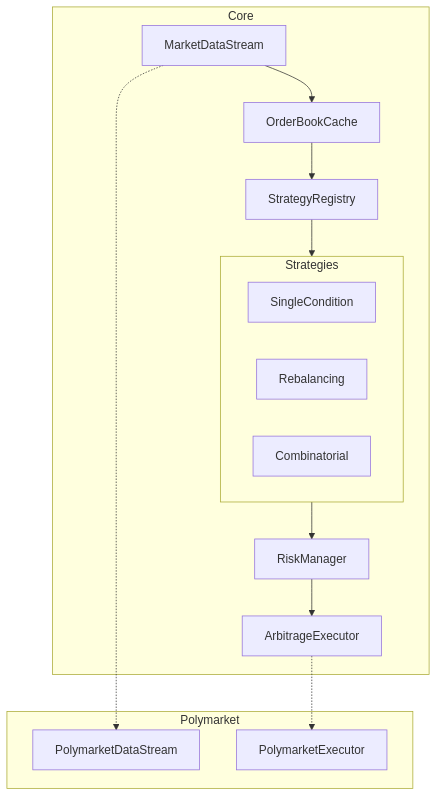
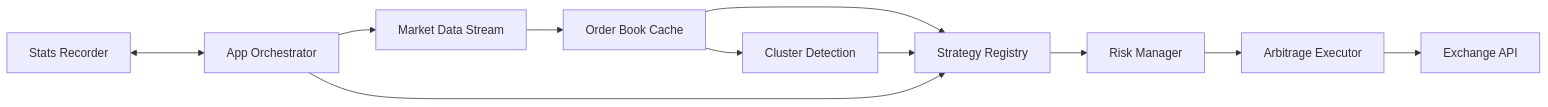
Before and after one commit to usealtoal/edgelord: the diagram in docs/architecture/overview.md, drawn with Mermaid. The commit also changed other lines of this file and 51 other files, not shown here.

````diff
--- a/docs/architecture/overview.md
+++ b/docs/architecture/overview.md
@@ -15,25 +14,15 @@
 ```mermaid
-flowchart TB
-    subgraph core["Core"]
-        WS[MarketDataStream] --> Cache[OrderBookCache]
-        Cache --> Registry[StrategyRegistry]
+flowchart LR
+    WS[Market Data Stream] --> Cache[Order Book Cache]
+    Cache --> Strat[Strategy Registry]
+    Strat --> Risk[Risk Manager]
+    Risk --> Exec[Arbitrage Executor]
+    Exec --> Exch[Exchange API]
 
-        subgraph strategies[Strategies]
-            SC[SingleCondition]
-            RB[Rebalancing]
-            CB[Combinatorial]
-        end
+    Cache --> Cluster[Cluster Detection]
+    Cluster --> Strat
 
-        Registry --> strategies
-        strategies --> Risk[RiskManager]
-        Risk --> Exec[ArbitrageExecutor]
-    end
-
-    subgraph exchange["Polymarket"]
-        PM_WS[PolymarketDataStream]
-        PM_EX[PolymarketExecutor]
-    end
-
-    WS -.-> PM_WS
-    Exec -.-> PM_EX
+    Stats[Stats Recorder] <---> Orchestrator[App Orchestrator]
+    Orchestrator --> WS
+    Orchestrator --> Strat
 ```
````
